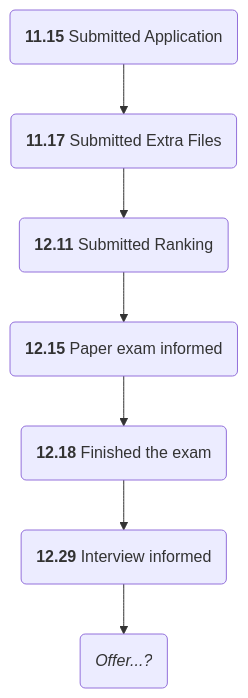
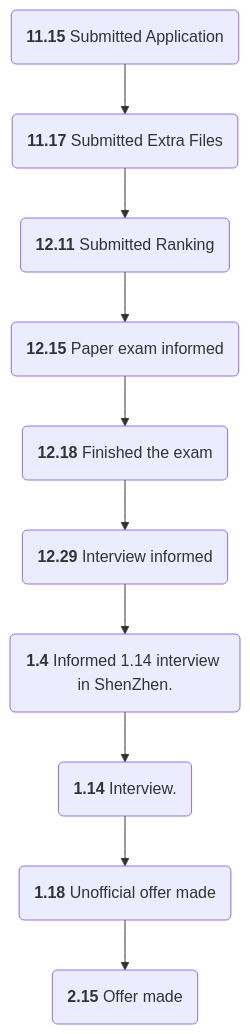
Before and after one commit to Revive-dontwanttocode/Revive-dontwanttocode.github.io: the tenth of 14 diagrams in _posts/2023-12-15-24Fall申请记录.md, drawn with Mermaid. The commit also changed other lines of this file and 2 other files, not shown here.

````diff
--- a/_posts/2023-12-15-24Fall申请记录.md
+++ b/_posts/2023-12-15-24Fall申请记录.md
@@ -192,11 +200,14 @@
 ```mermaid
-flowchart
+flowchart 
     Stage1("`**11.15** Submitted Application`")
     SubmitExtraFiles("`**11.17** Submitted Extra Files`")
     SubmitRank("`**12.11** Submitted Ranking`")
     ExamNotice("`**12.15** Paper exam informed`")
     Exam("`**12.18** Finished the exam`")
     InterviewNotice("`**12.29** Interview informed`")
-    Stage2("`*Offer...?*`")
-    Stage1 --> SubmitExtraFiles --> SubmitRank --> ExamNotice --> Exam --> InterviewNotice --> Stage2
+    InterviewNotice2("`**1.4** Informed 1.14 interview in ShenZhen.`")
+    Interview("`**1.14** Interview.`")
+    UnOfficialOffer("`**1.18** Unofficial offer made`")
+    Offermade("`**2.15** Offer made`")
+    Stage1 --> SubmitExtraFiles --> SubmitRank --> ExamNotice --> Exam --> InterviewNotice --> InterviewNotice2 --> Interview --> UnOfficialOffer --> Offermade
 ```
````
